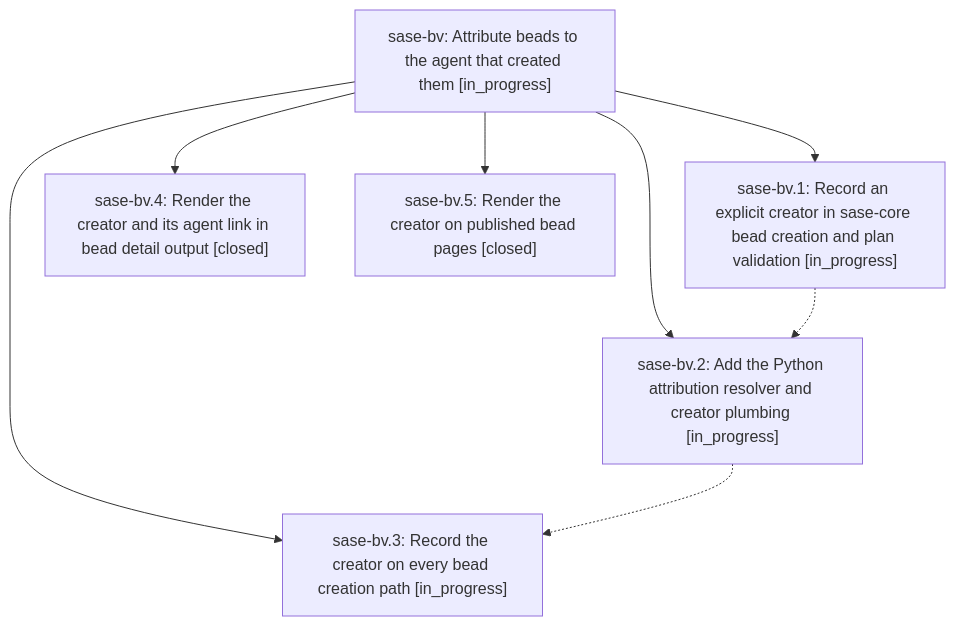
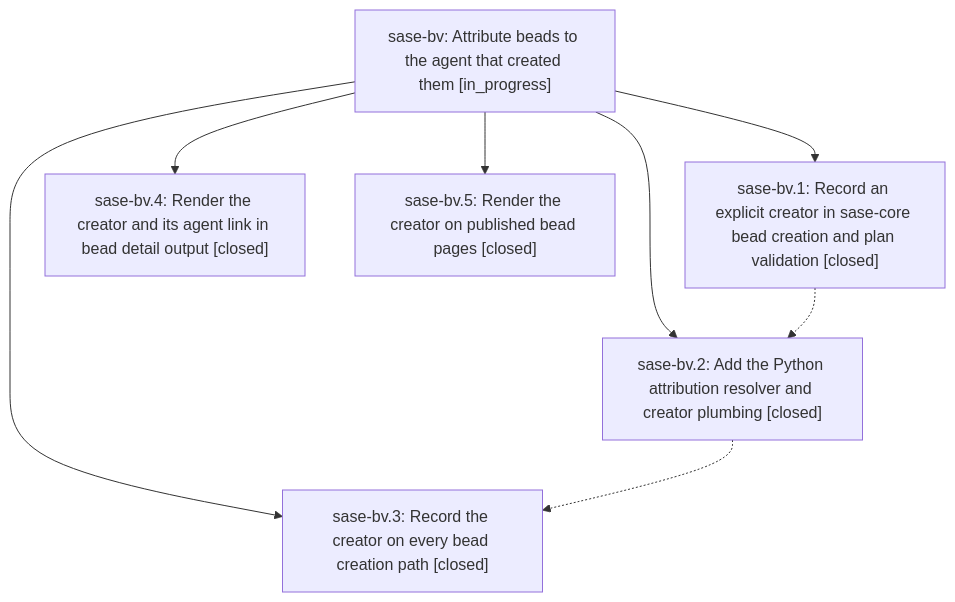
The diagram in pages/sase-bv/README.md (sase-org/sase--beads), drawn with Mermaid before and after one commit. The commit also changed other lines of this file and 4 other files, not shown here.

First line of the commit message:
chore(beads): sync bead state and pages for sase-bv

````diff
--- a/pages/sase-bv/README.md
+++ b/pages/sase-bv/README.md
@@ -26,16 +26,16 @@
 ```mermaid
 flowchart TD
     n0["sase-bv: Attribute beads to the agent that created them [in_progress]"]
-    n1["sase-bv.1: Record an explicit creator in sase-core bead creation and plan validation [in_progress]"]
-    n2["sase-bv.2: Add the Python attribution resolver and creator plumbing [in_progress]"]
-    n3["sase-bv.3: Record the creator on every bead creation path [in_progress]"]
+    n1["sase-bv.1: Record an explicit creator in sase-core bead creation and plan validation [closed]"]
+    n2["sase-bv.2: Add the Python attribution resolver and creator plumbing [closed]"]
+    n3["sase-bv.3: Record the creator on every bead creation path [closed]"]
     n4["sase-bv.4: Render the creator and its agent link in bead detail output [closed]"]
     n5["sase-bv.5: Render the creator on published bead pages [closed]"]
     n0 --> n1
     n0 --> n2
     n0 --> n3
     n0 --> n4
     n0 --> n5
     n1 -.-> n2
     n2 -.-> n3
 ```
````
